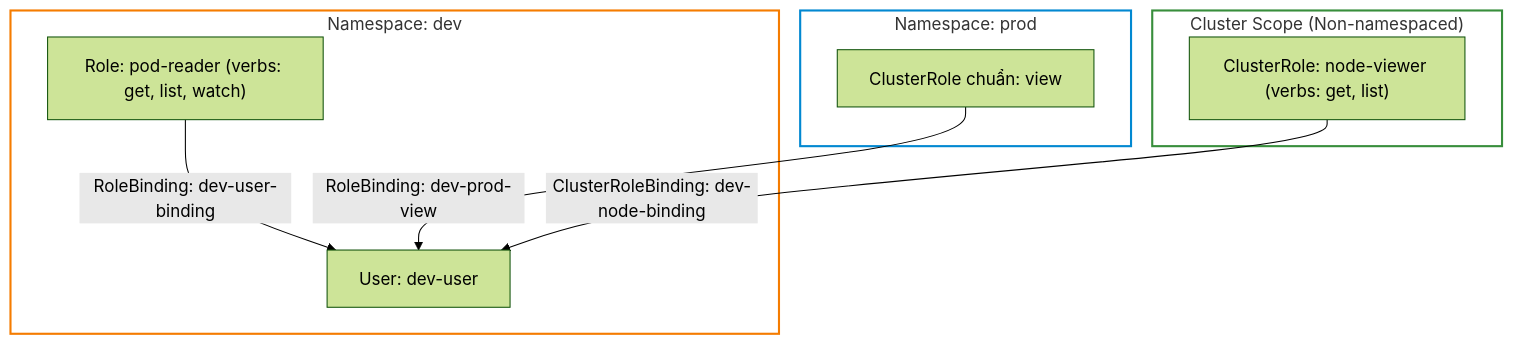
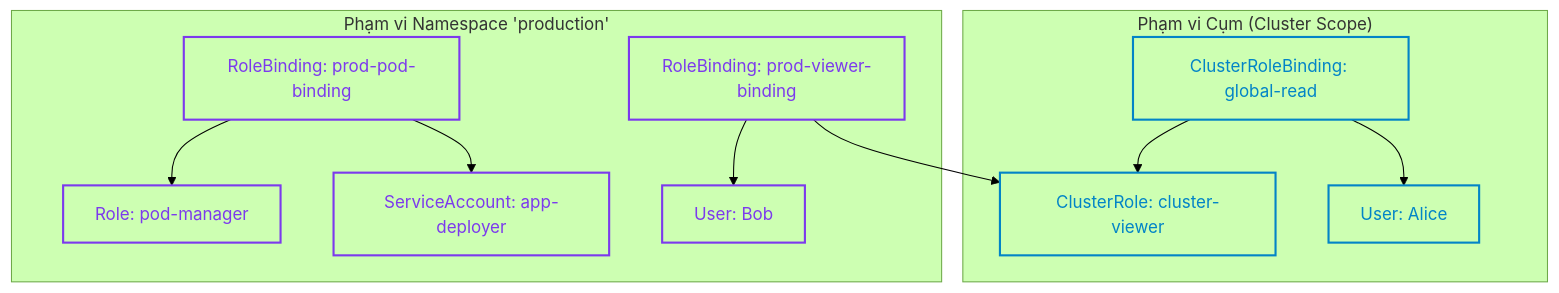
Before and after one commit to kiennt308/ntk: the second of 4 diagrams in _posts/2026-09-12-cka-10-10-rbac-vai-va-rang-buoc.md, drawn with Mermaid (forest theme). The commit also changed other lines of this file and 39 other files, not shown here.

````diff
--- a/_posts/2026-09-12-cka-10-10-rbac-vai-va-rang-buoc.md
+++ b/_posts/2026-09-12-cka-10-10-rbac-vai-va-rang-buoc.md
@@ -480,18 +80,28 @@
 ```mermaid
 graph TD
-    subgraph Dev_NS ["Namespace: dev"]
-        ROLE_DEV["Role: pod-reader (verbs: get, list, watch)"] -->|"RoleBinding: dev-user-binding"| USER1["User: dev-user"]
+    subgraph ClusterScope ["Phạm vi Cụm (Cluster Scope)"]
+        CR["ClusterRole: cluster-viewer"]
+        CRB["ClusterRoleBinding: global-read"]
+        UserA["User: Alice"]
+        CRB --> CR
+        CRB --> UserA
     end
 
-    subgraph Prod_NS ["Namespace: prod"]
-        CROLE_VIEW["ClusterRole chuẩn: view"] -->|"RoleBinding: dev-prod-view"| USER1
+    subgraph NSScope ["Phạm vi Namespace 'production'"]
+        R["Role: pod-manager"]
+        RB1["RoleBinding: prod-pod-binding"]
+        RB2["RoleBinding: prod-viewer-binding"]
+        SA["ServiceAccount: app-deployer"]
+        UserB["User: Bob"]
+        
+        RB1 --> R
+        RB1 --> SA
+        RB2 --> CR
+        RB2 --> UserB
     end
 
-    subgraph Cluster_Scope ["Cluster Scope (Non-namespaced)"]
-        CROLE_NODE["ClusterRole: node-viewer (verbs: get, list)"] -->|"ClusterRoleBinding: dev-node-binding"| USER1
-    end
-
-    style Dev_NS fill:none,stroke:#f57c00,stroke-width:2px
-    style Prod_NS fill:none,stroke:#0288d1,stroke-width:2px
-    style Cluster_Scope fill:none,stroke:#388e3c,stroke-width:2px
+    classDef cls fill:none,stroke:#0284c7,stroke-width:2px,color:#0284c7;
+    classDef ns fill:none,stroke:#7c3aed,stroke-width:2px,color:#7c3aed;
+    class CR,CRB,UserA cls;
+    class R,RB1,RB2,SA,UserB ns;
 ```
````
